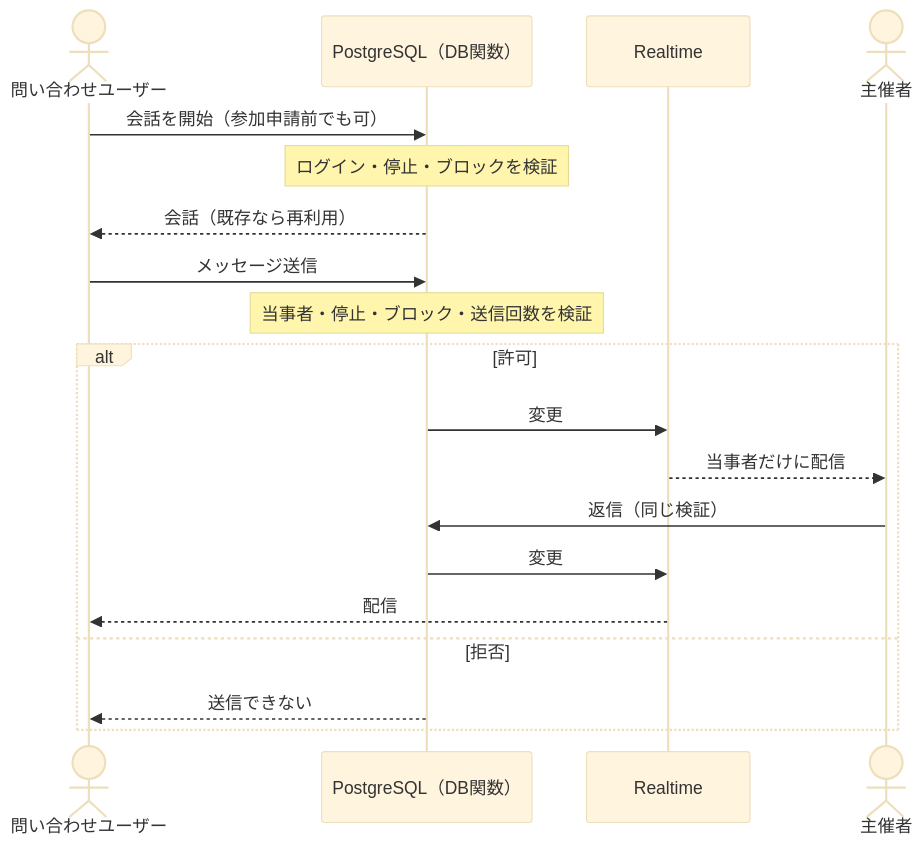
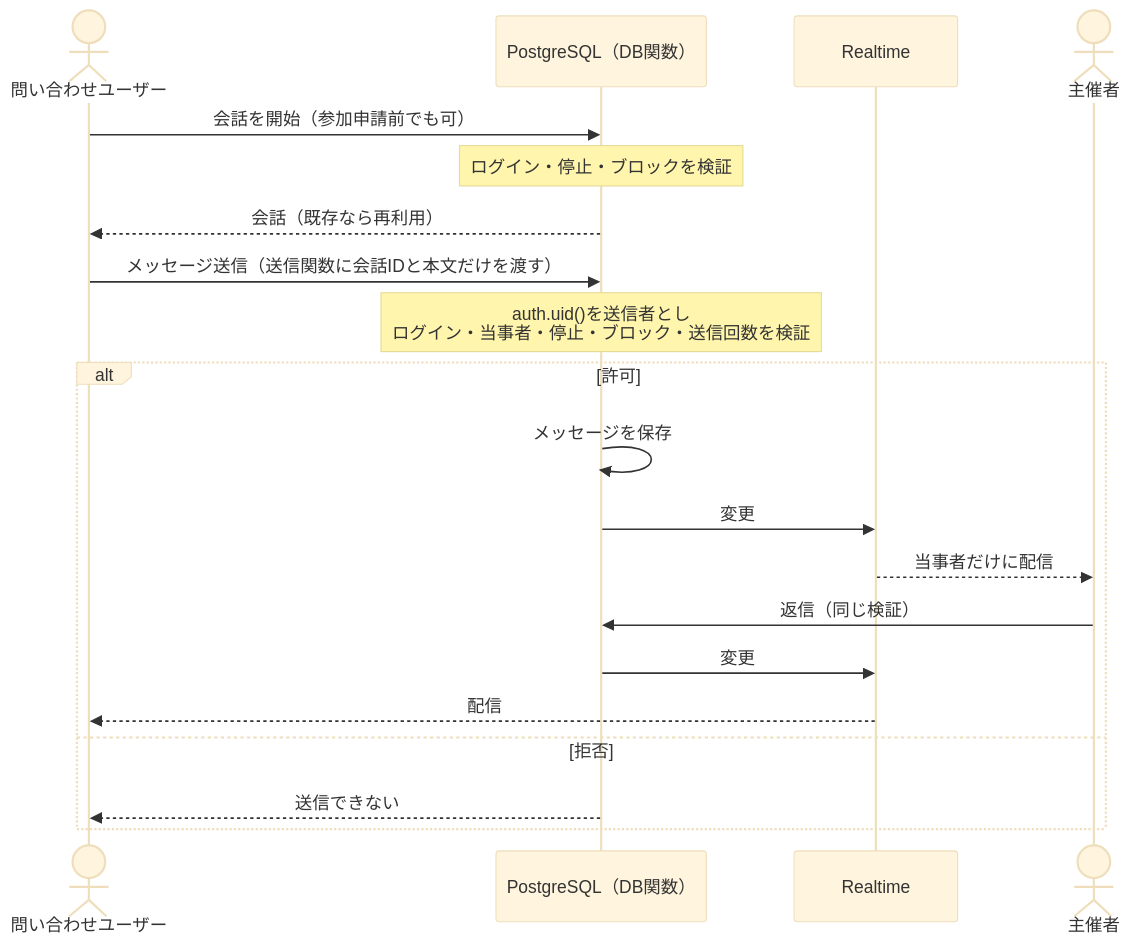
Before and after one commit to sysnovastudio-byte/nagoya-volleyball-matching: the sixth of 7 diagrams in docs/07_システムアーキテクチャ.md, drawn with Mermaid (base theme). The commit also changed other lines of this file and 1 other file, not shown here.

Commit message:
docs: チャットの送信権限に関する設計を明確化

````diff
--- a/docs/07_システムアーキテクチャ.md
+++ b/docs/07_システムアーキテクチャ.md
@@ -139,21 +139,22 @@
 ```mermaid
 sequenceDiagram
     actor Q as 問い合わせユーザー
     participant D as PostgreSQL（DB関数）
     participant R as Realtime
     actor H as 主催者
     Q->>D: 会話を開始（参加申請前でも可）
     Note over D: ログイン・停止・ブロックを検証
     D-->>Q: 会話（既存なら再利用）
-    Q->>D: メッセージ送信
-    Note over D: 当事者・停止・ブロック・送信回数を検証
+    Q->>D: メッセージ送信（送信関数に会話IDと本文だけを渡す）
+    Note over D: auth.uid()を送信者とし<br/>ログイン・当事者・停止・ブロック・送信回数を検証
     alt 許可
+        D->>D: メッセージを保存
         D->>R: 変更
         R-->>H: 当事者だけに配信
         H->>D: 返信（同じ検証）
         D->>R: 変更
         R-->>Q: 配信
     else 拒否
         D-->>Q: 送信できない
     end
 ```
````
